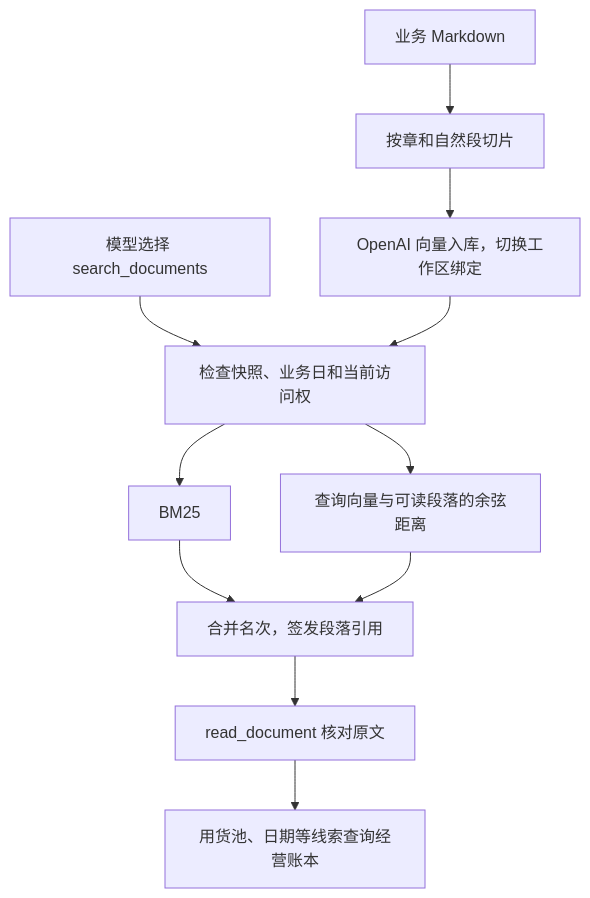
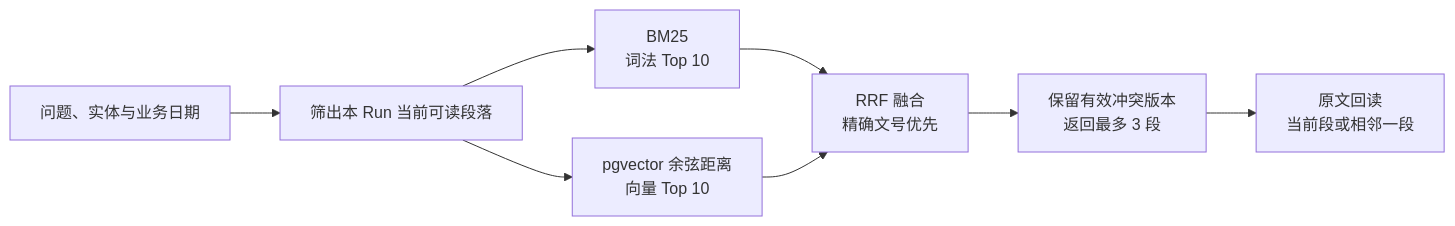
One commit to RuiLu007/compass changed the tenth of 11 diagrams in mai-specs/973-lesson-23-agentic-search/design/VECTOR_SEARCH.md. Above: the diagram before and after it, drawn with Mermaid. The commit also changed other lines of this file and 167 other files, not shown here.

````diff
--- a/mai-specs/973-lesson-23-agentic-search/design/VECTOR_SEARCH.md
+++ b/mai-specs/973-lesson-23-agentic-search/design/VECTOR_SEARCH.md
@@ -19,13 +296,10 @@
-```mermaid 文档发现如何连接到经营查账
-flowchart TD
-  A["业务 Markdown"] --> B["按章和自然段切片"]
-  B --> C["OpenAI 向量入库，切换工作区绑定"]
-  Q["模型选择 search_documents"] --> V["检查快照、业务日和当前访问权"]
-  C --> V
-  V --> L["BM25"]
-  V --> S["查询向量与可读段落的余弦距离"]
-  L --> F["合并名次，签发段落引用"]
-  S --> F
-  F --> D["read_document 核对原文"]
-  D --> T["用货池、日期等线索查询经营账本"]
+```mermaid 混合召回的数据流
+flowchart LR
+    Q["问题、实体与业务日期"] --> F["筛出本 Run 当前可读段落"]
+    F --> B["BM25<br/>词法 Top 10"]
+    F --> V["pgvector 余弦距离<br/>向量 Top 10"]
+    B --> R["RRF 融合<br/>精确文号优先"]
+    V --> R
+    R --> C["保留有效冲突版本<br/>返回最多 3 段"]
+    C --> Read["原文回读<br/>当前段或相邻一段"]
 ```
````
